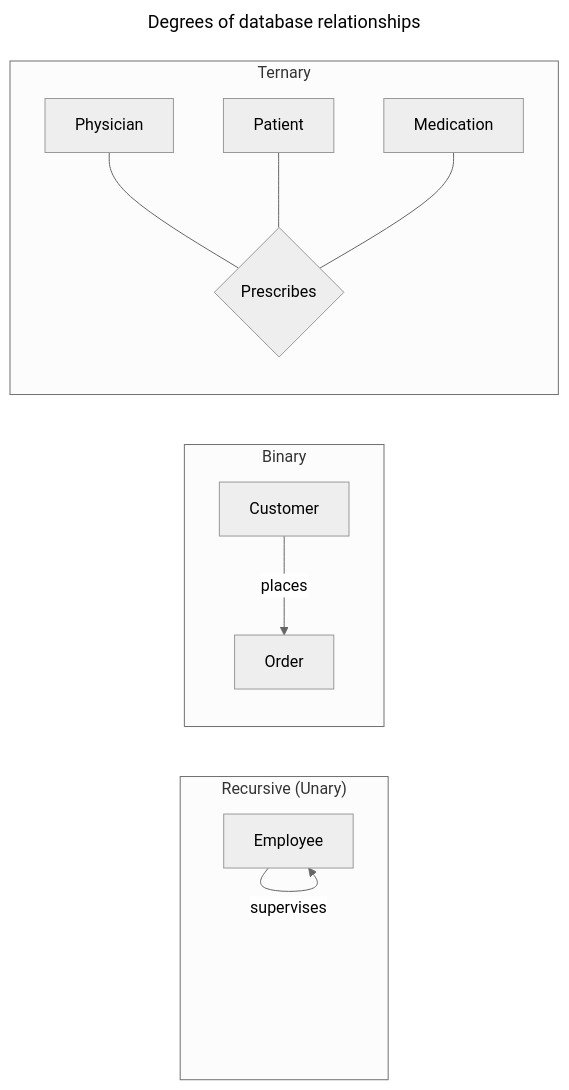
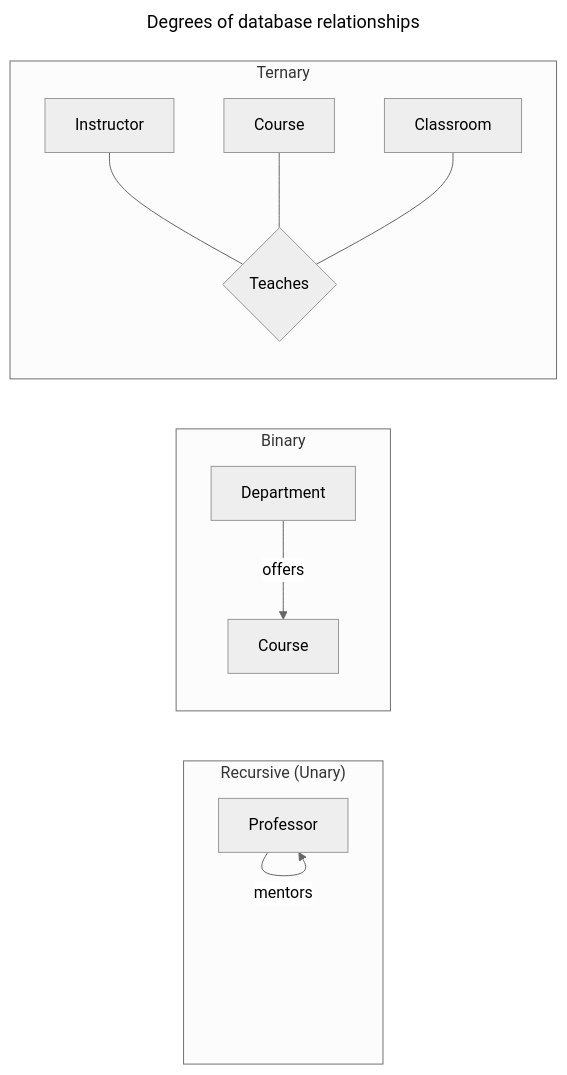
One commit to VineethChivukula/dedocs changed the sixth of 10 diagrams in content/modeling/entities-attributes-and-relationships.md. Above: the diagram before and after it, drawn with Mermaid (neutral theme). The commit also changed other lines of this file and 26 other files, not shown here.

````diff
--- a/content/modeling/entities-attributes-and-relationships.md
+++ b/content/modeling/entities-attributes-and-relationships.md
@@ -237,22 +243,22 @@
 ```mermaid
 ---
 title: Degrees of database relationships
 ---
 flowchart LR
     subgraph Recursive ["Recursive (Unary)"]
         direction TB
-        Emp[Employee] -->|supervises| Emp
+        Prof[Professor] -->|mentors| Prof
     end
 
     subgraph Binary ["Binary"]
         direction TB
-        Cust[Customer] -->|places| Ord[Order]
+        Dept[Department] -->|offers| Crs[Course]
     end
 
     subgraph Ternary ["Ternary"]
         direction TB
-        Phys[Physician] --- Prescribe{Prescribes}
-        Pat[Patient] --- Prescribe
-        Med[Medication] --- Prescribe
+        Inst[Instructor] --- Assign{Teaches}
+        Crs2[Course] --- Assign
+        Room[Classroom] --- Assign
     end
 ```
````
